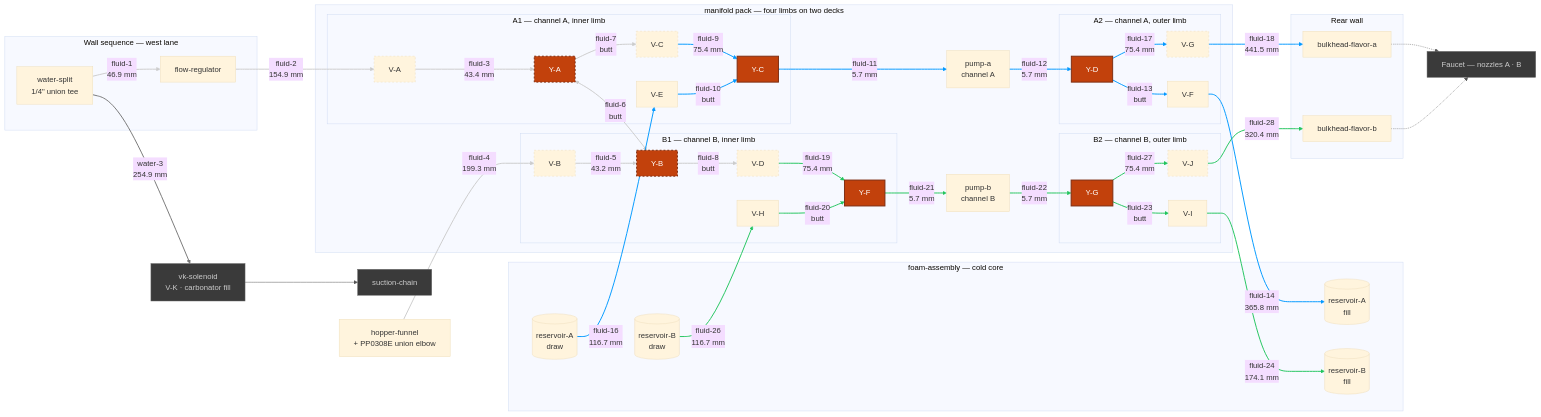
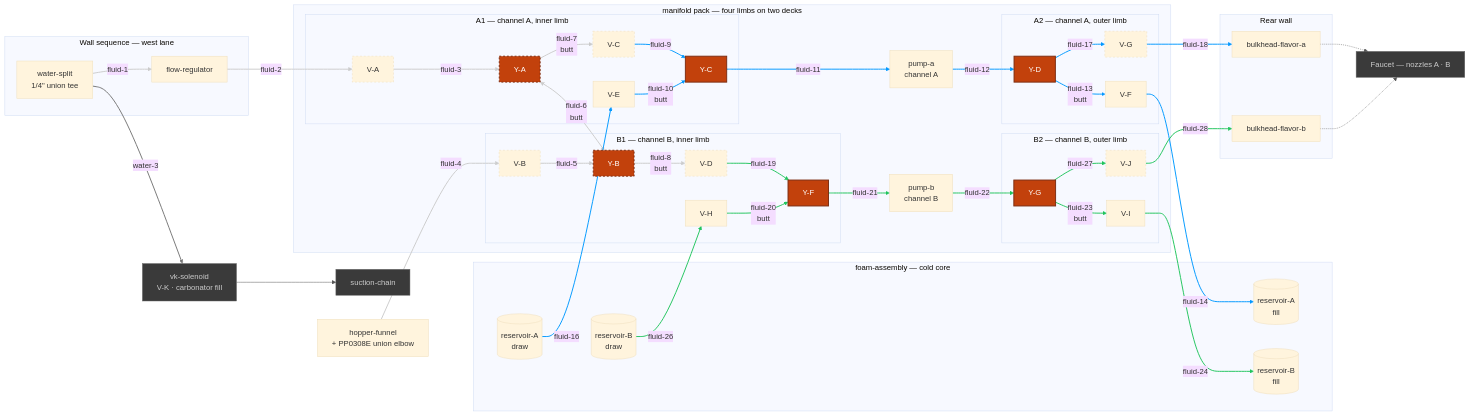
The diagram in hardware/topology/fluid-topology-manifold.mmd (derekbreden/homesodamachine), drawn with Mermaid (base theme) before and after one commit. The commit also changed 8 other files, not shown here.

```diff
--- a/hardware/topology/fluid-topology-manifold.mmd
+++ b/hardware/topology/fluid-topology-manifold.mmd
@@ -7,9 +7,14 @@
   %% Source of truth: `manifold-layout/enclosure_assembly.py` places the pack,
   %% `manifold-layout/_lines.py` authors every run BETWEEN placed bodies and `_routing.Run.length`
   %% measures it off the built centreline, and `manifold-layout/manifold_layout.py` makes the
-  %% manifold's own interior. `_fluid_topology_sync.py` writes every number below and gates every
+  %% manifold's own interior. `_fluid_topology_sync.py` writes every label below and gates every
   %% edge against the built segment — an edge whose two ends are not that segment's two ends fails
   %% the gate.
+
+  %% NO LENGTH IS DRAWN HERE. Segment by segment, the cut figures are what a bare run of
+  %% `_fluid_topology_sync.py` prints: every segment with its length, its corners and how it is
+  %% made, and the total under them. The aggregates below are `%%` markers, which the renderer
+  %% never reaches.
 
   %% [26](SEGMENT_COUNT) flavor segments. [7](BUTT_COUNT) are collet butted to collet and carry
   %% no tube at all; [9](DRAWN_COUNT) are swept runs between placed bodies; the rest are the
@@ -118,11 +123,11 @@
   %% select it feeds, with their branches meeting face to face across the mirror plane. V-A and
   %% V-B come off the folded deck's plane on a quarter turn of R14, then step 28 mm further along
   %% the run and 14 mm across it, toward the cold core's crown.
-  Split -->|"fluid-1<br/>46.9 mm"| FlowReg
-  FlowReg -->|"fluid-2<br/>154.9 mm"| VA
-  VA -->|"fluid-3<br/>43.4 mm"| YA
-  Hopper -->|"fluid-4<br/>199.3 mm"| VB
-  VB -->|"fluid-5<br/>43.2 mm"| YB
+  Split -->|"fluid-1"| FlowReg
+  FlowReg -->|"fluid-2"| VA
+  VA -->|"fluid-3"| YA
+  Hopper -->|"fluid-4"| VB
+  VB -->|"fluid-5"| YB
   YA <-->|"fluid-6<br/>butt"| YB
   YA -->|"fluid-7<br/>butt"| VC
   YB -->|"fluid-8<br/>butt"| VD
@@ -134,15 +139,15 @@
   %% each tee's run lies across the head's face and IS the outboard half of a limb. fluid-9 and
   %% fluid-17 are the two hairpins that cross the hinge: a quarter of R14, 31.4 mm of straight,
   %% and a quarter back. Everything else along the limbs is butted.
-  VC -->|"fluid-9<br/>75.4 mm"| YC
+  VC -->|"fluid-9"| YC
   VE -->|"fluid-10<br/>butt"| YC
-  YC -->|"fluid-11<br/>5.7 mm"| PA
-  PA -->|"fluid-12<br/>5.7 mm"| YD
+  YC -->|"fluid-11"| PA
+  PA -->|"fluid-12"| YD
   YD -->|"fluid-13<br/>butt"| VF
-  VF -->|"fluid-14<br/>365.8 mm"| ResAFill
-  ResA -->|"fluid-16<br/>116.7 mm"| VE
-  YD -->|"fluid-17<br/>75.4 mm"| VG
-  VG -->|"fluid-18<br/>441.5 mm"| BhA
+  VF -->|"fluid-14"| ResAFill
+  ResA -->|"fluid-16"| VE
+  YD -->|"fluid-17"| VG
+  VG -->|"fluid-18"| BhA
 
   %% =========================
   %% Channel B — fluid-19 … fluid-28
@@ -150,15 +155,15 @@
   %% Channel B mirrors channel A about x = 0. Y-F and Y-G sit on pump B's barbs, fluid-19 and
   %% fluid-27 are its two hairpins, and V-I-O and V-H-I — the reservoir's fill gate and its draw
   %% gate — leave on their own axes off the lower deck, as channel A's V-F-O and V-E-I do.
-  VD -->|"fluid-19<br/>75.4 mm"| YF
+  VD -->|"fluid-19"| YF
   VH -->|"fluid-20<br/>butt"| YF
-  YF -->|"fluid-21<br/>5.7 mm"| PB
-  PB -->|"fluid-22<br/>5.7 mm"| YG
+  YF -->|"fluid-21"| PB
+  PB -->|"fluid-22"| YG
   YG -->|"fluid-23<br/>butt"| VI
-  VI -->|"fluid-24<br/>174.1 mm"| ResBFill
-  ResB -->|"fluid-26<br/>116.7 mm"| VH
-  YG -->|"fluid-27<br/>75.4 mm"| VJ
-  VJ -->|"fluid-28<br/>320.4 mm"| BhB
+  VI -->|"fluid-24"| ResBFill
+  ResB -->|"fluid-26"| VH
+  YG -->|"fluid-27"| VJ
+  VJ -->|"fluid-28"| BhB
 
   %% =========================
   %% V-K's own two runs — the carbonator circuit, through this bay
@@ -166,7 +171,7 @@
   %% V-K gates the carbonator fill off the same split fluid-1 leaves. It stands on the cold core's
   %% crown, east of the SeaFlo, and water-3 is the one run in the assembly that crosses the whole
   %% machine — the split is in the west lane, V-K is on the east, and its inlet faces forward.
-  Split -->|"water-3<br/>254.9 mm"| VK
+  Split -->|"water-3"| VK
   %% V-K's outlet and the suction chain's collet meet face to face, so what joins them
   %% is the tube inside each grip and nothing between. There is no `water-4`.
   VK --> SuctChain
```
